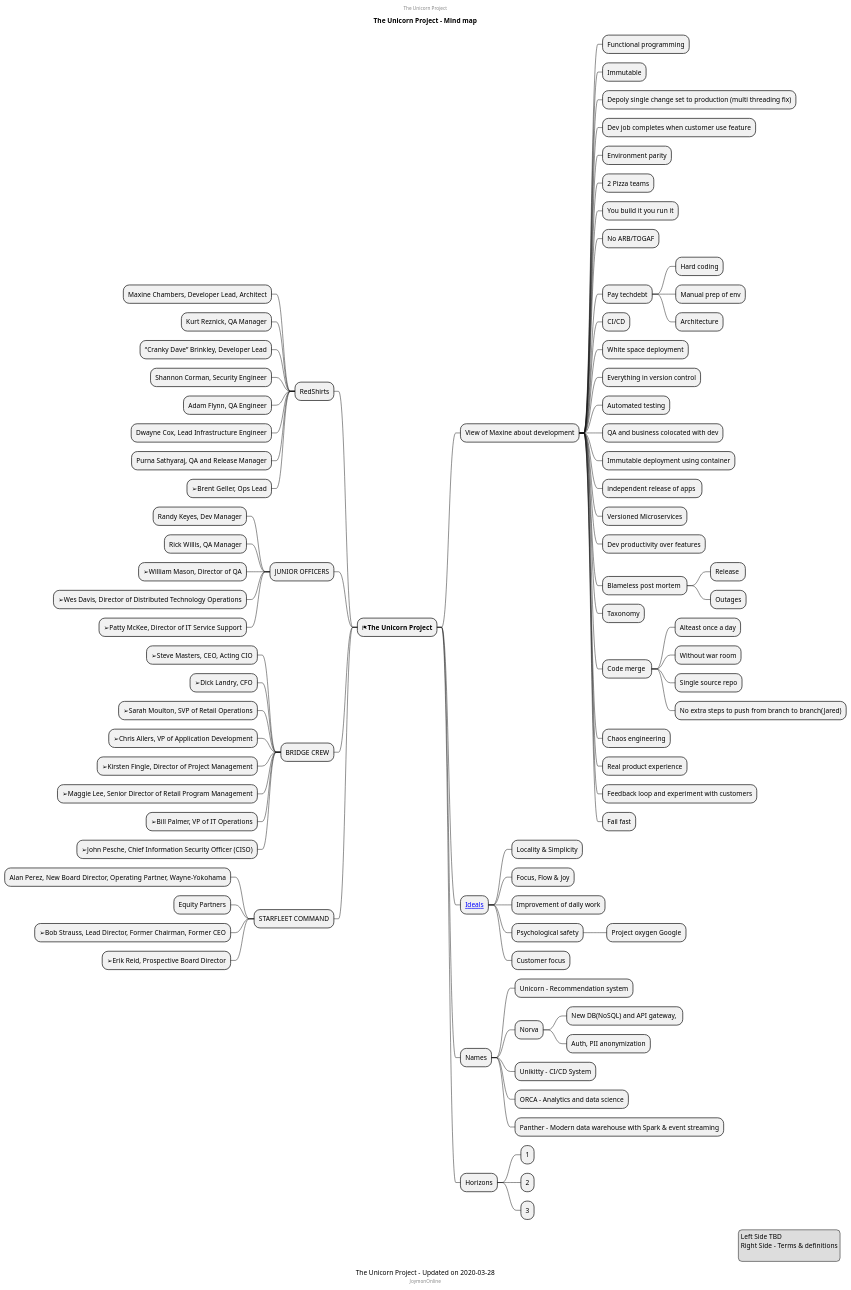
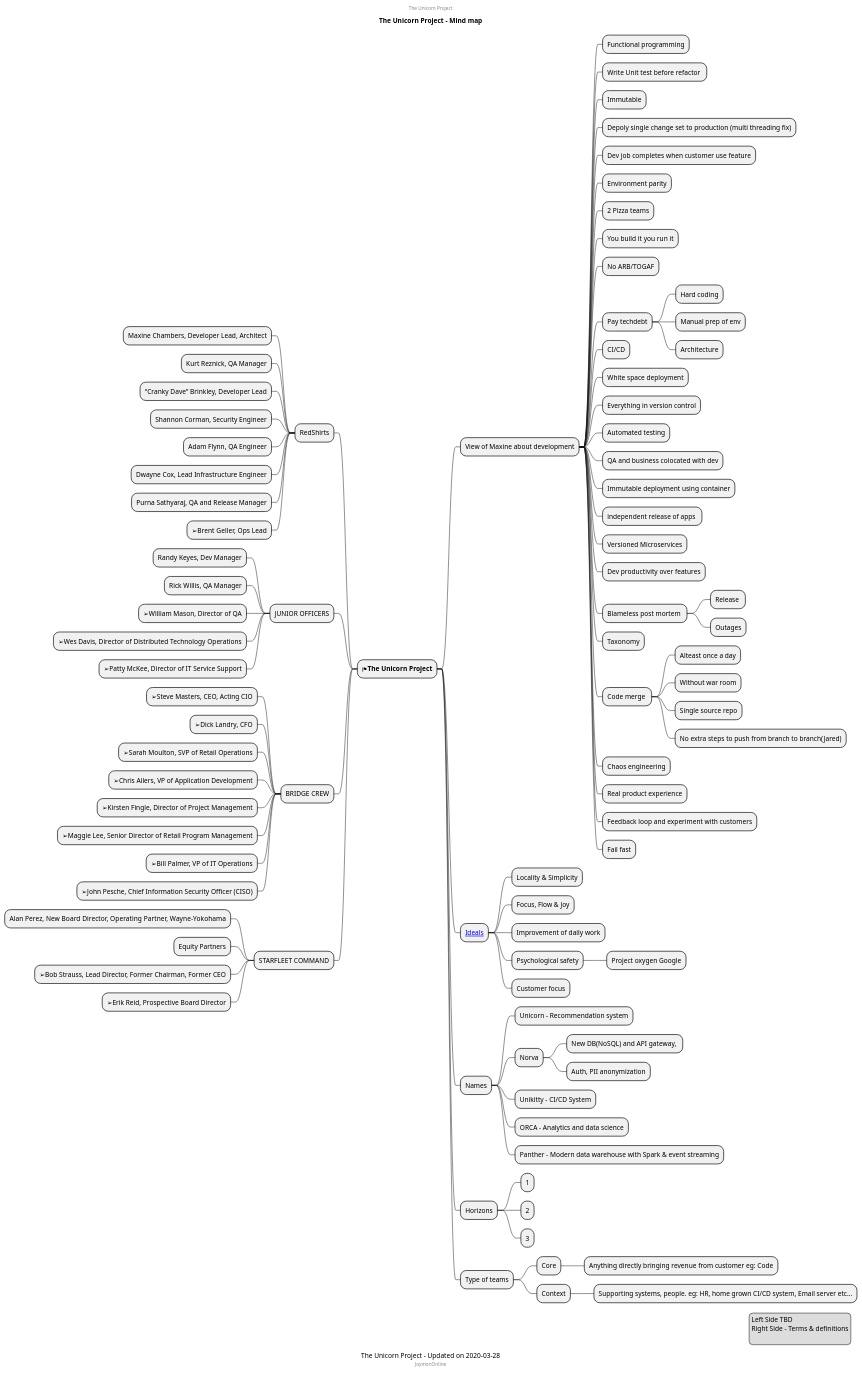
The diagram in deployment/the-unicorn-project.puml (mind-maps/software), drawn with PlantUML before and after one commit.

Commit message:
Updates to unicorn-project

```diff
--- a/deployment/the-unicorn-project.puml
+++ b/deployment/the-unicorn-project.puml
@@ -1,101 +1,107 @@
 @startmindmap
 caption The Unicorn Project - Updated on 2020-03-28
 title The Unicorn Project - Mind map
 center header
 The Unicorn Project
 endheader
 
 * <&flag><b>The Unicorn Project</b>
 ** View of Maxine about development
 *** Functional programming
+*** Write Unit test before refactor 
 *** Immutable
 *** Depoly single change set to production (multi threading fix)
 *** Dev job completes when customer use feature
 *** Environment parity
 *** 2 Pizza teams
 *** You build it you run it
 *** No ARB/TOGAF
 *** Pay techdebt
 **** Hard coding
 **** Manual prep of env
 **** Architecture
 *** CI/CD
 *** White space deployment
 *** Everything in version control
 *** Automated testing
 *** QA and business colocated with dev
 *** Immutable deployment using container
 *** independent release of apps 
 *** Versioned Microservices
 *** Dev productivity over features
 *** Blameless post mortem 
 **** Release 
 **** Outages
 *** Taxonomy
 *** Code merge 
 **** Alteast once a day
 **** Without war room
 **** Single source repo
 **** No extra steps to push from branch to branch(Jared)
 *** Chaos engineering
 *** Real product experience
 *** Feedback loop and experiment with customers
 *** Fail fast
 ** [[https://www.linkedin.com/pulse/unicorn-project-five-ideals-michal-florys/ Ideals]]
 *** Locality & Simplicity
 *** Focus, Flow & Joy
 *** Improvement of daily work
 *** Psychological safety
 **** Project oxygen Google
 *** Customer focus
 ** Names
 *** Unicorn - Recommendation system
 *** Norva
 **** New DB(NoSQL) and API gateway, 
 **** Auth, PII anonymization
 *** Unikitty - CI/CD System
 *** ORCA - Analytics and data science
 *** Panther - Modern data warehouse with Spark & event streaming
 ** Horizons
 *** 1
 *** 2
 *** 3
+** Type of teams
+*** Core
+**** Anything directly bringing revenue from customer eg: Code
+*** Context
+**** Supporting systems, people. eg: HR, home grown CI/CD system, Email server etc...
 left side
 ** RedShirts
 *** Maxine Chambers, Developer Lead, Architect
 *** Kurt Reznick, QA Manager
 *** “Cranky Dave” Brinkley, Developer Lead
 *** Shannon Corman, Security Engineer
 *** Adam Flynn, QA Engineer
 *** Dwayne Cox, Lead Infrastructure Engineer
 *** Purna Sathyaraj, QA and Release Manager
 *** ➢Brent Geller, Ops Lead
 ** JUNIOR OFFICERS
 *** Randy Keyes, Dev Manager
 *** Rick Willis, QA Manager
 *** ➢William Mason, Director of QA
 *** ➢Wes Davis, Director of Distributed Technology Operations
 *** ➢Patty McKee, Director of IT Service Support
 ** BRIDGE CREW
 *** ➢Steve Masters, CEO, Acting CIO
 *** ➢Dick Landry, CFO
 *** ➢Sarah Moulton, SVP of Retail Operations
 *** ➢Chris Allers, VP of Application Development
 *** ➢Kirsten Fingle, Director of Project Management
 *** ➢Maggie Lee, Senior Director of Retail Program Management
 *** ➢Bill Palmer, VP of IT Operations
 *** ➢John Pesche, Chief Information Security Officer (CISO)
 ** STARFLEET COMMAND
 *** Alan Perez, New Board Director, Operating Partner, Wayne-Yokohama
 *** Equity Partners
 *** ➢Bob Strauss, Lead Director, Former Chairman, Former CEO
 *** ➢Erik Reid, Prospective Board Director
 center footer JoymonOnline
 
 legend right
   Left Side TBD
   Right Side - Terms & definitions
   
 endlegend
 
 @endmindmap
```
